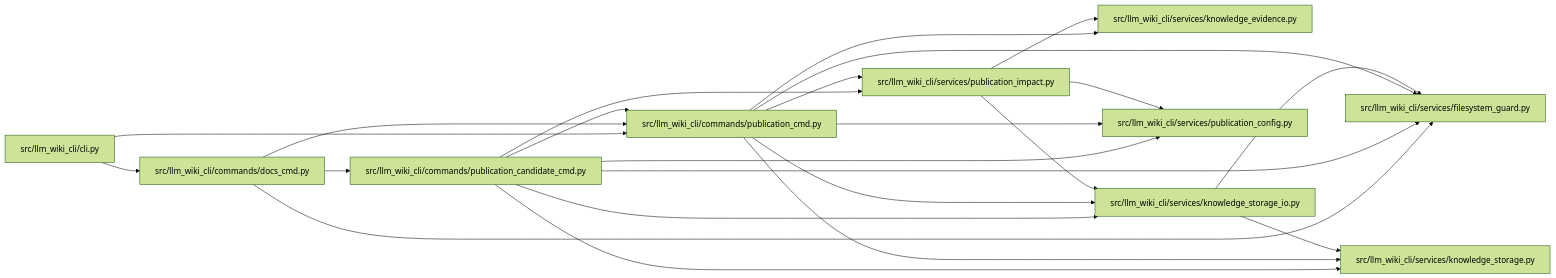
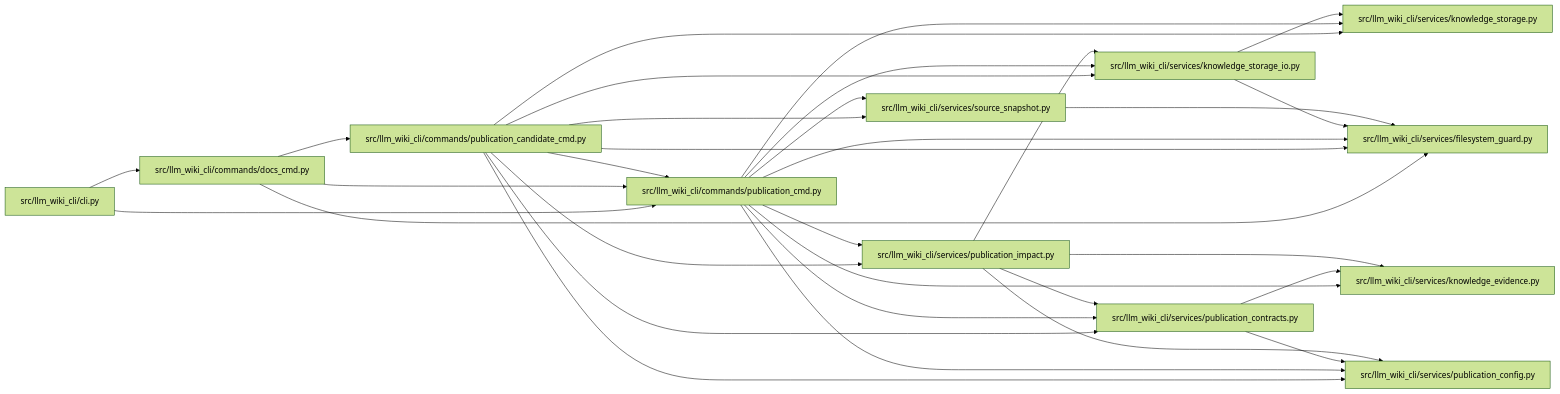
The diagram in docs/llm_wiki/modules/publication_cmd.md (Denissvgn/python-wiki-llm), drawn with Mermaid (forest theme) before and after one commit. The commit also changed other lines of this file and 218 other files, not shown here.

````diff
--- a/docs/llm_wiki/modules/publication_cmd.md
+++ b/docs/llm_wiki/modules/publication_cmd.md
@@ -28,45 +30,57 @@
 ```mermaid
 flowchart LR
     n0["src/llm_wiki_cli/cli.py"]
     n1["src/llm_wiki_cli/commands/docs_cmd.py"]
     n2["src/llm_wiki_cli/commands/publication_candidate_cmd.py"]
     n3["src/llm_wiki_cli/commands/publication_cmd.py"]
     n4["src/llm_wiki_cli/services/filesystem_guard.py"]
     n5["src/llm_wiki_cli/services/knowledge_evidence.py"]
     n6["src/llm_wiki_cli/services/knowledge_storage.py"]
     n7["src/llm_wiki_cli/services/knowledge_storage_io.py"]
     n8["src/llm_wiki_cli/services/publication_config.py"]
-    n9["src/llm_wiki_cli/services/publication_impact.py"]
+    n9["src/llm_wiki_cli/services/publication_contracts.py"]
+    n10["src/llm_wiki_cli/services/publication_impact.py"]
+    n11["src/llm_wiki_cli/services/source_snapshot.py"]
     n0 --> n1
     n0 --> n3
     n1 --> n2
     n1 --> n3
     n1 --> n4
     n2 --> n3
     n2 --> n4
     n2 --> n6
     n2 --> n7
     n2 --> n8
     n2 --> n9
+    n2 --> n10
+    n2 --> n11
     n3 --> n4
     n3 --> n5
     n3 --> n6
     n3 --> n7
     n3 --> n8
     n3 --> n9
+    n3 --> n10
+    n3 --> n11
     n7 --> n4
     n7 --> n6
     n9 --> n5
-    n9 --> n7
     n9 --> n8
+    n10 --> n5
+    n10 --> n7
+    n10 --> n8
+    n10 --> n9
+    n11 --> n4
     click n0 "../modules/cli.md"
     click n1 "../modules/docs_cmd.md"
     click n2 "../modules/publication_candidate_cmd.md"
     click n3 "../modules/publication_cmd.md"
     click n4 "../modules/filesystem_guard.md"
     click n5 "../modules/knowledge_evidence.md"
     click n6 "../modules/knowledge_storage.md"
     click n7 "../modules/knowledge_storage_io.md"
     click n8 "../modules/publication_config.md"
-    click n9 "../modules/publication_impact.md"
+    click n9 "../modules/publication_contracts.md"
+    click n10 "../modules/publication_impact.md"
+    click n11 "../modules/source_snapshot.md"
 ```
````
